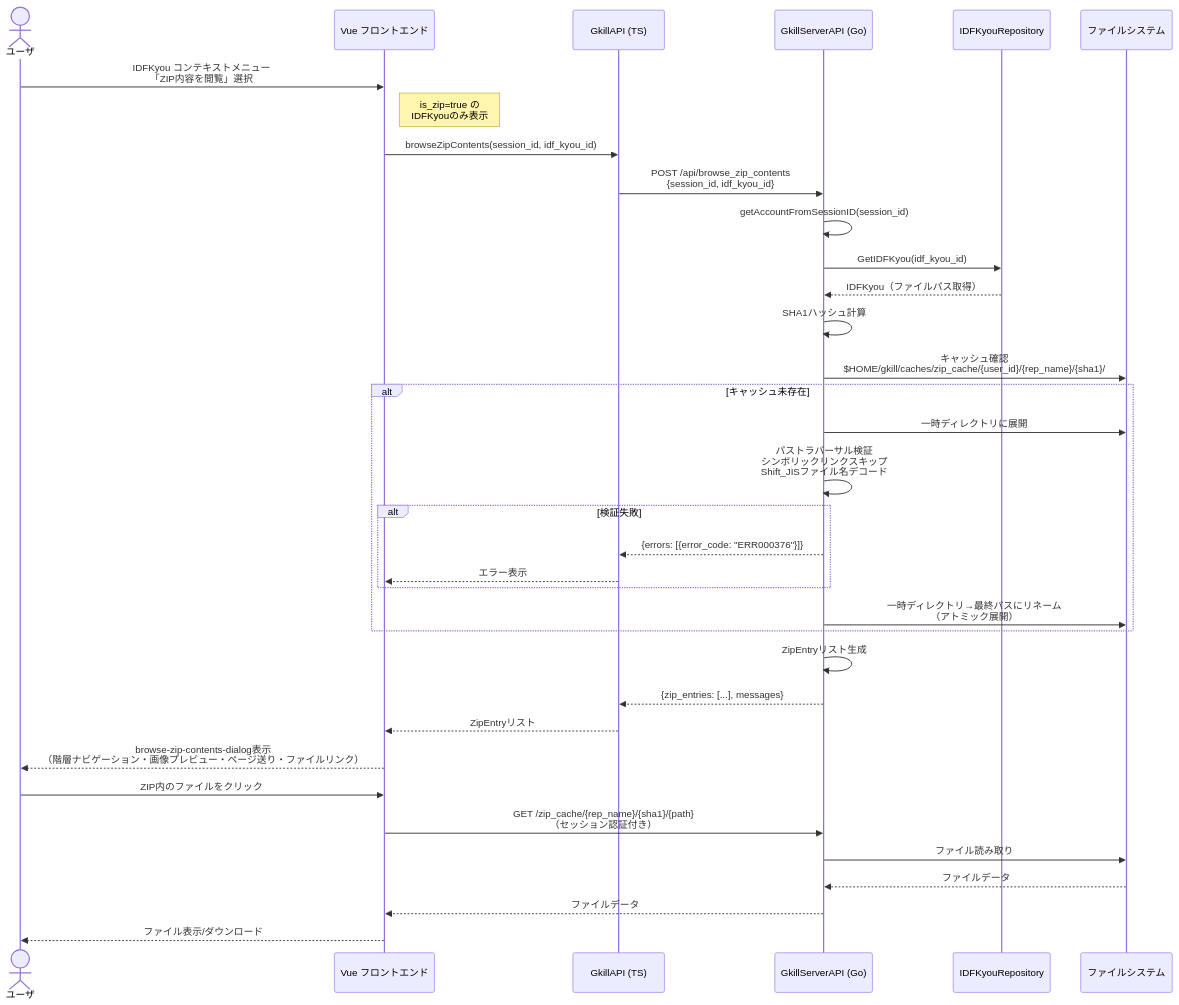
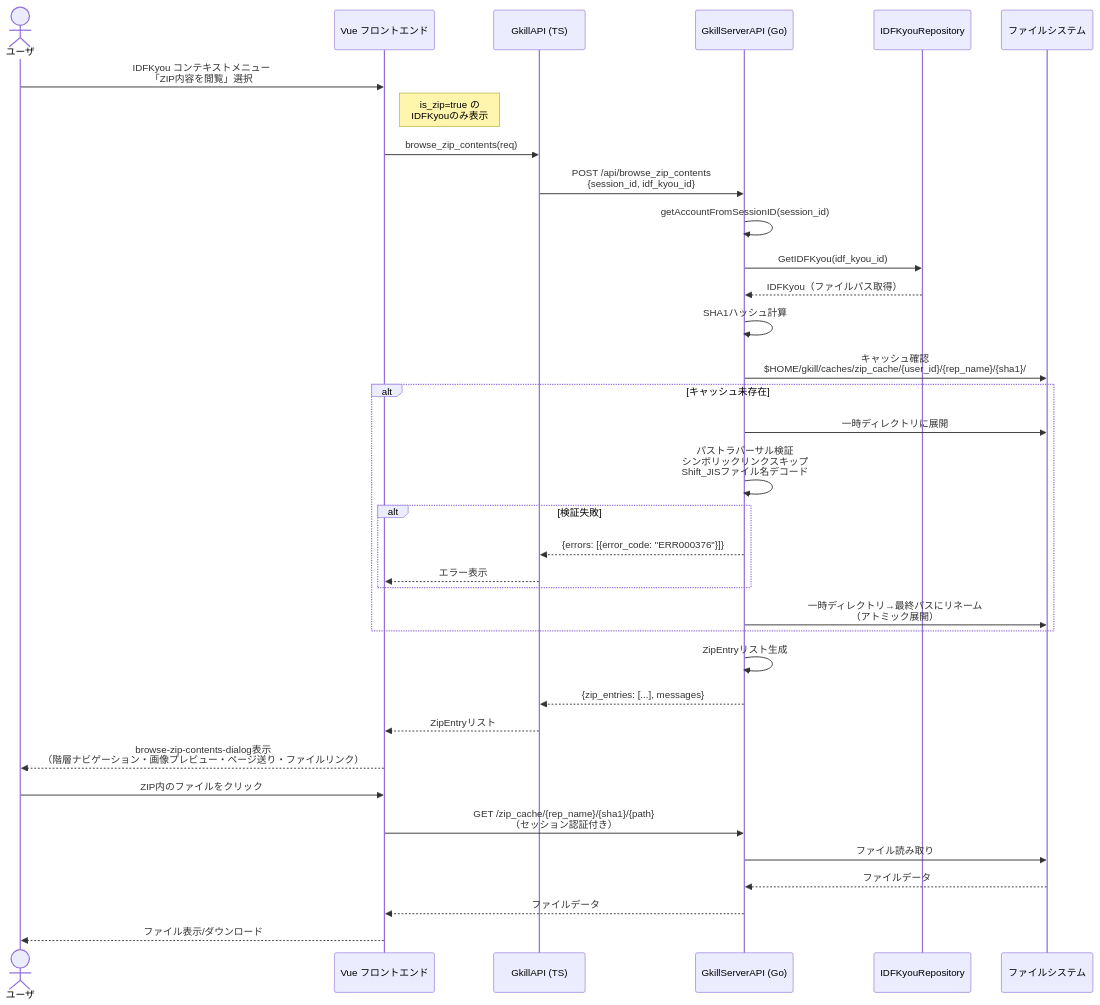
Diagram 18 of 29 in documents/reverse/sequence-diagrams.md (mt3hr/gkill), drawn with Mermaid before and after one commit. The commit also changed other lines of this file and 2 other files, not shown here.

First line of the commit message:
Fix シーケンス図と利用シナリオに書かれていた、実在しない TS・Kotlin・MCP の関数名を実コードに合わせる

````diff
--- a/documents/reverse/sequence-diagrams.md
+++ b/documents/reverse/sequence-diagrams.md
@@ -650,41 +650,41 @@
 ```mermaid
 sequenceDiagram
     actor User as ユーザ
     participant UI as Vue フロントエンド
     participant GkillAPI as GkillAPI (TS)
     participant API as GkillServerAPI (Go)
     participant IDFRep as IDFKyouRepository
     participant FS as ファイルシステム
 
     User->>UI: IDFKyou コンテキストメニュー<br>「ZIP内容を閲覧」選択
     Note right of UI: is_zip=true の<br>IDFKyouのみ表示
-    UI->>GkillAPI: browseZipContents(session_id, idf_kyou_id)
+    UI->>GkillAPI: browse_zip_contents(req)
     GkillAPI->>API: POST /api/browse_zip_contents<br>{session_id, idf_kyou_id}
     API->>API: getAccountFromSessionID(session_id)
     API->>IDFRep: GetIDFKyou(idf_kyou_id)
     IDFRep-->>API: IDFKyou（ファイルパス取得）
     API->>API: SHA1ハッシュ計算
     API->>FS: キャッシュ確認<br>$HOME/gkill/caches/zip_cache/{user_id}/{rep_name}/{sha1}/
 
     alt キャッシュ未存在
         API->>FS: 一時ディレクトリに展開
         API->>API: パストラバーサル検証<br>シンボリックリンクスキップ<br>Shift_JISファイル名デコード
         alt 検証失敗
             API-->>GkillAPI: {errors: [{error_code: "ERR000376"}]}
             GkillAPI-->>UI: エラー表示
         end
         API->>FS: 一時ディレクトリ→最終パスにリネーム<br>（アトミック展開）
     end
 
     API->>API: ZipEntryリスト生成
     API-->>GkillAPI: {zip_entries: [...], messages}
     GkillAPI-->>UI: ZipEntryリスト
     UI-->>User: browse-zip-contents-dialog表示<br>（階層ナビゲーション・画像プレビュー・ページ送り・ファイルリンク）
 
     User->>UI: ZIP内のファイルをクリック
     UI->>API: GET /zip_cache/{rep_name}/{sha1}/{path}<br>（セッション認証付き）
     API->>FS: ファイル読み取り
     FS-->>API: ファイルデータ
     API-->>UI: ファイルデータ
     UI-->>User: ファイル表示/ダウンロード
 ```
````
